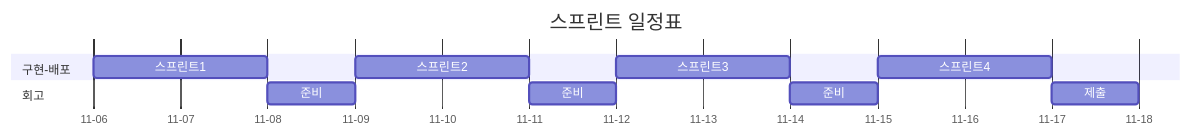
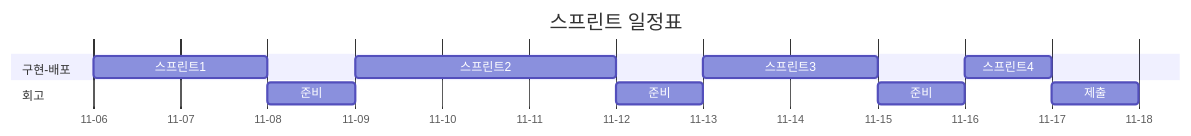
One commit to Inoh-J/quiet-chatter changed the diagram in docs/오픈미션회고.md. Above: the diagram before and after it, drawn with Mermaid. The commit also changed other lines of this file and 3 other files, not shown here.

````diff
--- a/docs/오픈미션회고.md
+++ b/docs/오픈미션회고.md
@@ -90,19 +90,19 @@
 ```mermaid
 ---
 displayMode: compact
 ---
 gantt
     axisFormat %m-%d
     title 스프린트 일정표
     dateFormat MM-DD
     section 구현-배포
         스프린트1: 11-06, 2d
-        스프린트2: 11-09, 2d
-        스프린트3: 11-12, 2d
-        스프린트4: 11-15, 2d
+        스프린트2: 11-09, 3d
+        스프린트3: 11-13, 2d
+        스프린트4: 11-16, 1d
     section 회고
         준비: 11-08, 1d
-        준비: 11-11, 1d
-        준비: 11-14, 1d
+        준비: 11-12, 1d
+        준비: 11-15, 1d
         제출: 11-17, 1d
 ```
````
